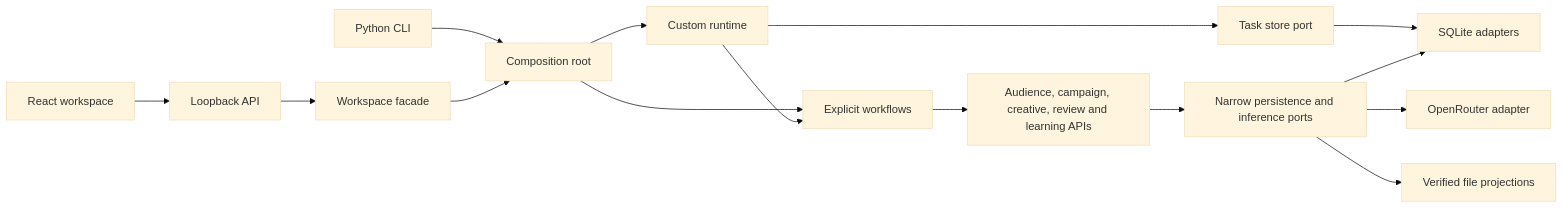
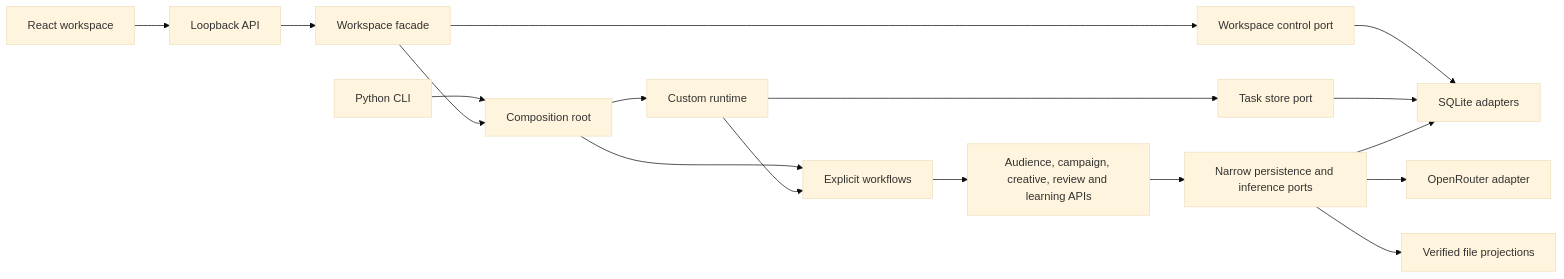
Before and after one commit to DG-creative-lab/direct-acquisition-agent: the diagram in docs/architecture.md, drawn with Mermaid (base theme). The commit also changed other lines of this file and 24 other files, not shown here.

Commit message:
Extract workspace control persistence behind application ports (#90)

````diff
--- a/docs/architecture.md
+++ b/docs/architecture.md
@@ -9,17 +9,19 @@
 ```mermaid
 flowchart LR
     UI[React workspace] --> HTTP[Loopback API]
     HTTP --> FACADE[Workspace facade]
     CLI[Python CLI] --> ROOT[Composition root]
     FACADE --> ROOT
+    FACADE --> CONTROL[Workspace control port]
+    CONTROL --> SQL
     ROOT --> WF[Explicit workflows]
     ROOT --> RT[Custom runtime]
     RT --> TASKS[Task store port]
     RT --> WF
     WF --> MODULES[Audience, campaign, creative, review and learning APIs]
     MODULES --> PORTS[Narrow persistence and inference ports]
     TASKS --> SQL[SQLite adapters]
     PORTS --> SQL
     PORTS --> OR[OpenRouter adapter]
     PORTS --> FILES[Verified file projections]
 ```
````
